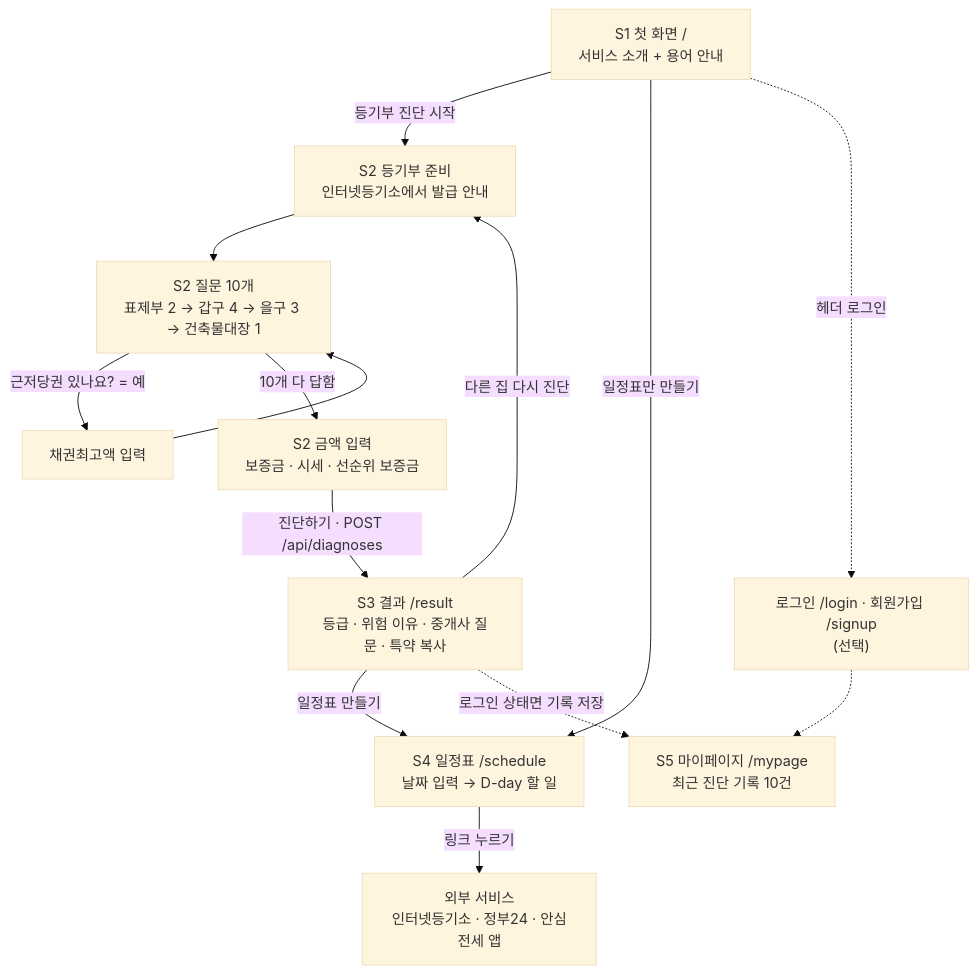
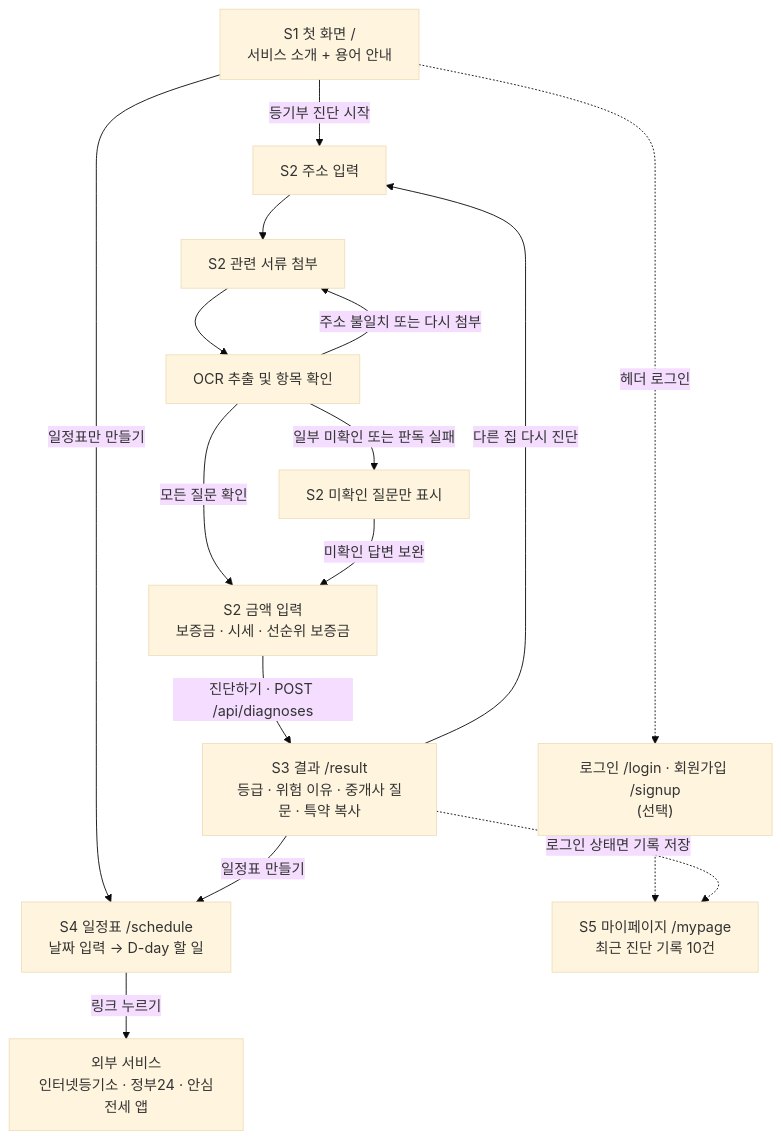
One commit to LGCNS-HackerTon/BackEnd changed the first of 3 diagrams in docs/06-service-flow.md. Above: the diagram before and after it, drawn with Mermaid (base theme). The commit also changed other lines of this file and 5 other files, not shown here.

````diff
--- a/docs/06-service-flow.md
+++ b/docs/06-service-flow.md
@@ -16,27 +16,30 @@
 ```mermaid
 flowchart TD
     S1["S1 첫 화면 /<br/>서비스 소개 + 용어 안내"]
-    S2a["S2 등기부 준비<br/>인터넷등기소에서 발급 안내"]
-    S2b["S2 질문 10개<br/>표제부 2 → 갑구 4 → 을구 3 → 건축물대장 1"]
-    S2c["채권최고액 입력"]
+    S2a["S2 주소 입력"]
+    Upload["S2 관련 서류 첨부"]
+    OCR["OCR 추출 및 항목 확인"]
+    S2b["S2 미확인 질문만 표시"]
     S2d["S2 금액 입력<br/>보증금 · 시세 · 선순위 보증금"]
     S3["S3 결과 /result<br/>등급 · 위험 이유 · 중개사 질문 · 특약 복사"]
     S4["S4 일정표 /schedule<br/>날짜 입력 → D-day 할 일"]
     EXT["외부 서비스<br/>인터넷등기소 · 정부24 · 안심전세 앱"]
     L["로그인 /login · 회원가입 /signup<br/>(선택)"]
     S5["S5 마이페이지 /mypage<br/>최근 진단 기록 10건"]
 
     S1 -->|등기부 진단 시작| S2a
     S1 -->|일정표만 만들기| S4
-    S2a --> S2b
-    S2b -->|근저당권 있나요? = 예| S2c
-    S2c --> S2b
-    S2b -->|10개 다 답함| S2d
+    S2a --> Upload
+    Upload --> OCR
+    OCR -->|모든 질문 확인| S2d
+    OCR -->|일부 미확인 또는 판독 실패| S2b
+    OCR -->|주소 불일치 또는 다시 첨부| Upload
+    S2b -->|미확인 답변 보완| S2d
     S2d -->|진단하기 · POST /api/diagnoses| S3
     S3 -->|다른 집 다시 진단| S2a
     S3 -->|일정표 만들기| S4
     S4 -->|링크 누르기| EXT
     S1 -.->|헤더 로그인| L
     L -.-> S5
     S3 -.->|로그인 상태면 기록 저장| S5
 ```
````
